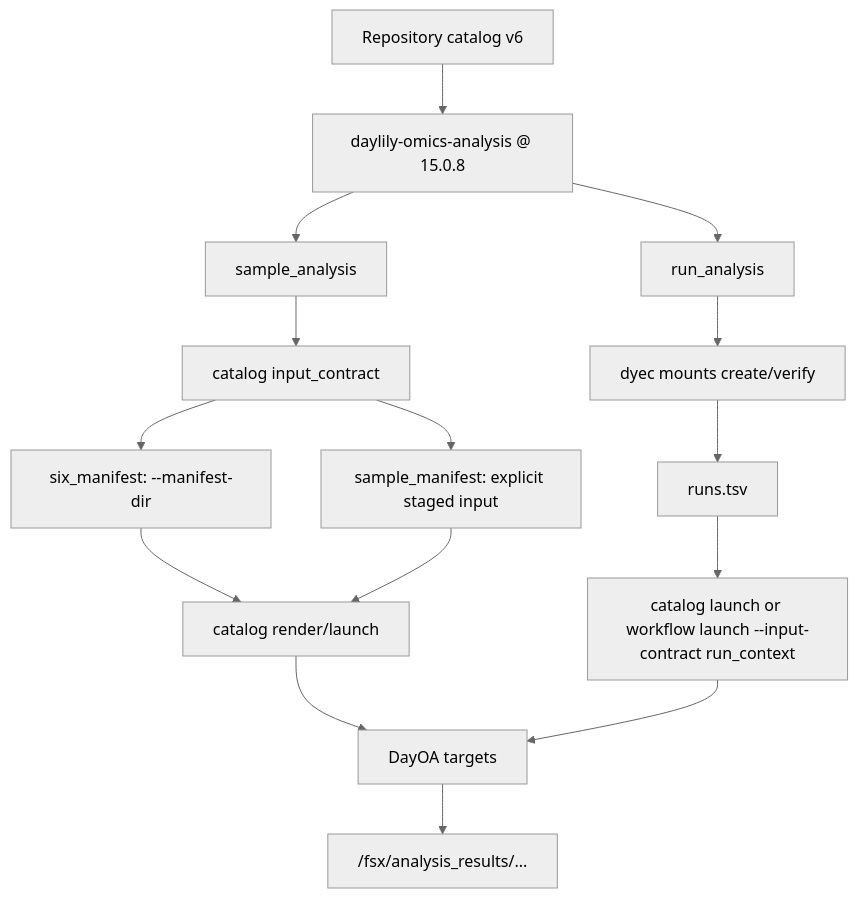
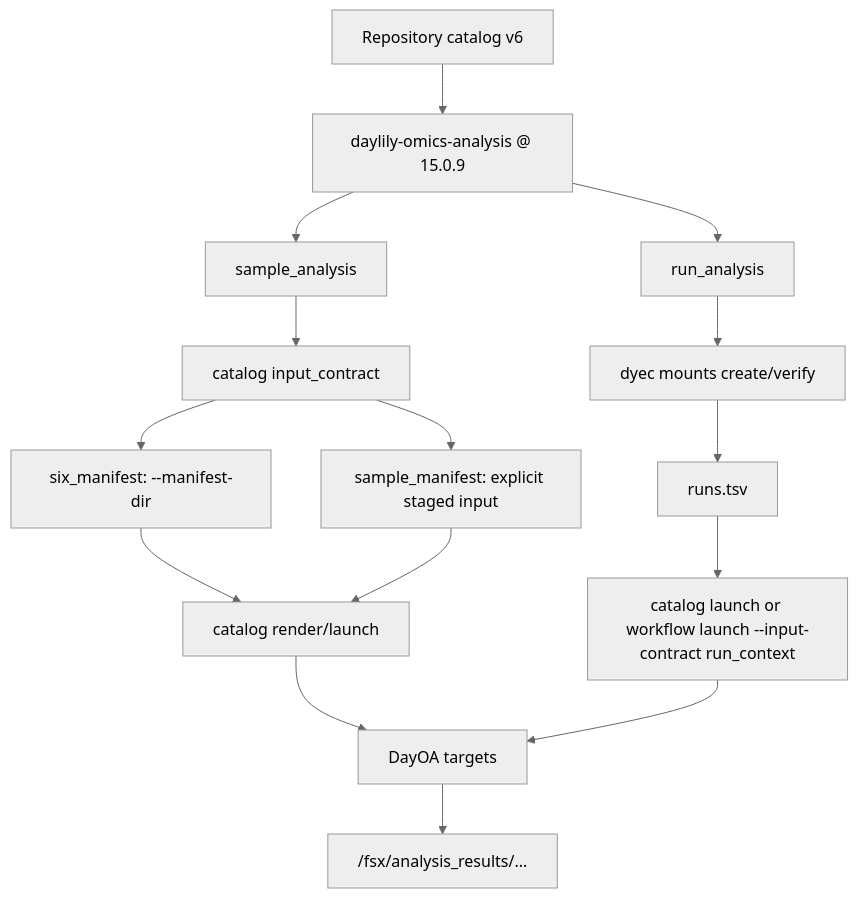
Before and after one commit to Daylily-Informatics/daylily-ephemeral-cluster: the third of 3 diagrams in docs/dra_fsx_strategy.md, drawn with Mermaid (neutral theme). The commit also changed other lines of this file and 24 other files, not shown here.

````diff
--- a/docs/dra_fsx_strategy.md
+++ b/docs/dra_fsx_strategy.md
@@ -110,20 +110,20 @@
 ```mermaid
 flowchart TB
-  Catalog["Repository catalog v6"] --> Repo["daylily-omics-analysis @ 15.0.8"]
+  Catalog["Repository catalog v6"] --> Repo["daylily-omics-analysis @ 15.0.9"]
   Repo --> Sample["sample_analysis"]
   Repo --> Run["run_analysis"]
 
   Sample --> Contract["catalog input_contract"]
   Contract --> Six["six_manifest: --manifest-dir"]
   Contract --> Legacy["sample_manifest: explicit staged input"]
   Six --> LaunchA["catalog render/launch"]
   Legacy --> LaunchA
 
   Run --> Mount["dyec mounts create/verify"]
   Mount --> Runs["runs.tsv"]
   Runs --> LaunchB["catalog launch or workflow launch --input-contract run_context"]
 
   LaunchA --> DayOA["DayOA targets"]
   LaunchB --> DayOA
   DayOA --> Results["/fsx/analysis_results/..."]
 ```
````
